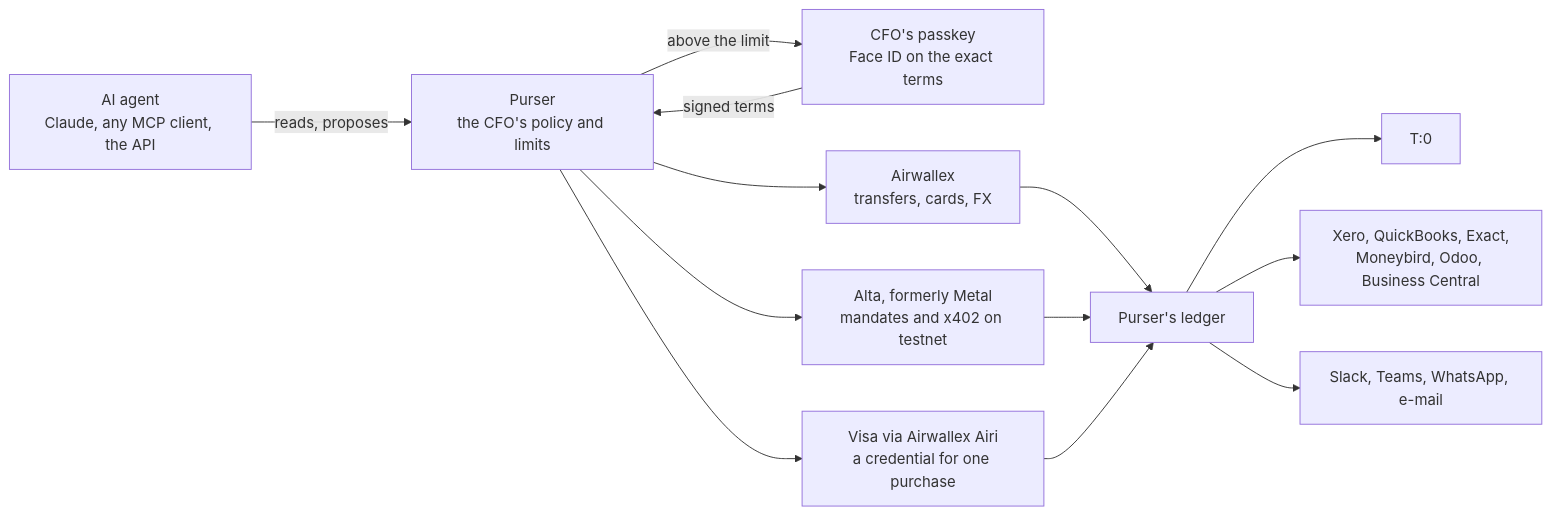
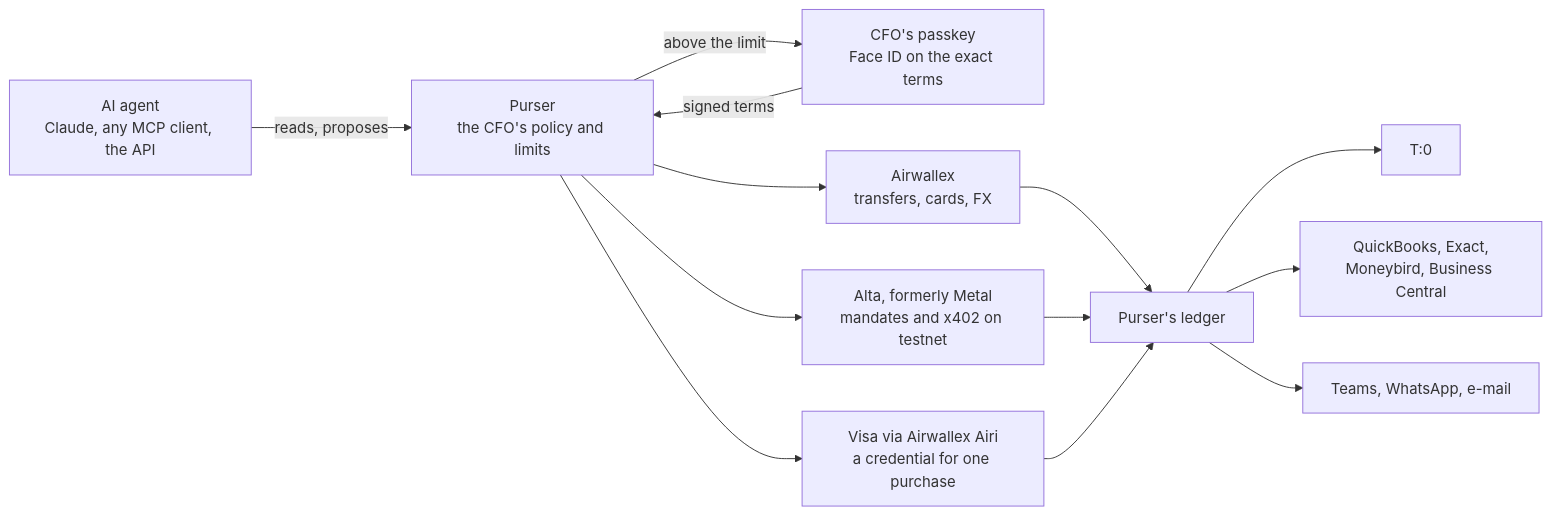
Before and after one commit to agamemnon-coder/x402-business-agents: the diagram in docs/integrations/README.md, drawn with Mermaid. The commit also changed other lines of this file and 3 other files, not shown here.

First line of the commit message:
Connects to: drop Xero, Slack and Odoo from the band and the docs logo grid (Max, 21 Nov)

````diff
--- a/docs/integrations/README.md
+++ b/docs/integrations/README.md
@@ -130,15 +127,15 @@
 ```mermaid
 flowchart LR
   agent["AI agent<br/>Claude, any MCP client, the API"] -->|reads, proposes| purser["Purser<br/>the CFO's policy and limits"]
   purser -->|above the limit| passkey["CFO's passkey<br/>Face ID on the exact terms"]
   passkey -->|signed terms| purser
   purser --> awx["Airwallex<br/>transfers, cards, FX"]
   purser --> alta["Alta, formerly Metal<br/>mandates and x402 on testnet"]
   purser --> airi["Visa via Airwallex Airi<br/>a credential for one purchase"]
   awx --> ledger["Purser's ledger"]
   alta --> ledger
   airi --> ledger
   ledger --> t0["T:0"]
-  ledger --> books["Xero, QuickBooks, Exact,<br/>Moneybird, Odoo, Business Central"]
-  ledger --> msgs["Slack, Teams, WhatsApp, e-mail"]
+  ledger --> books["QuickBooks, Exact,<br/>Moneybird, Business Central"]
+  ledger --> msgs["Teams, WhatsApp, e-mail"]
 ```
````
